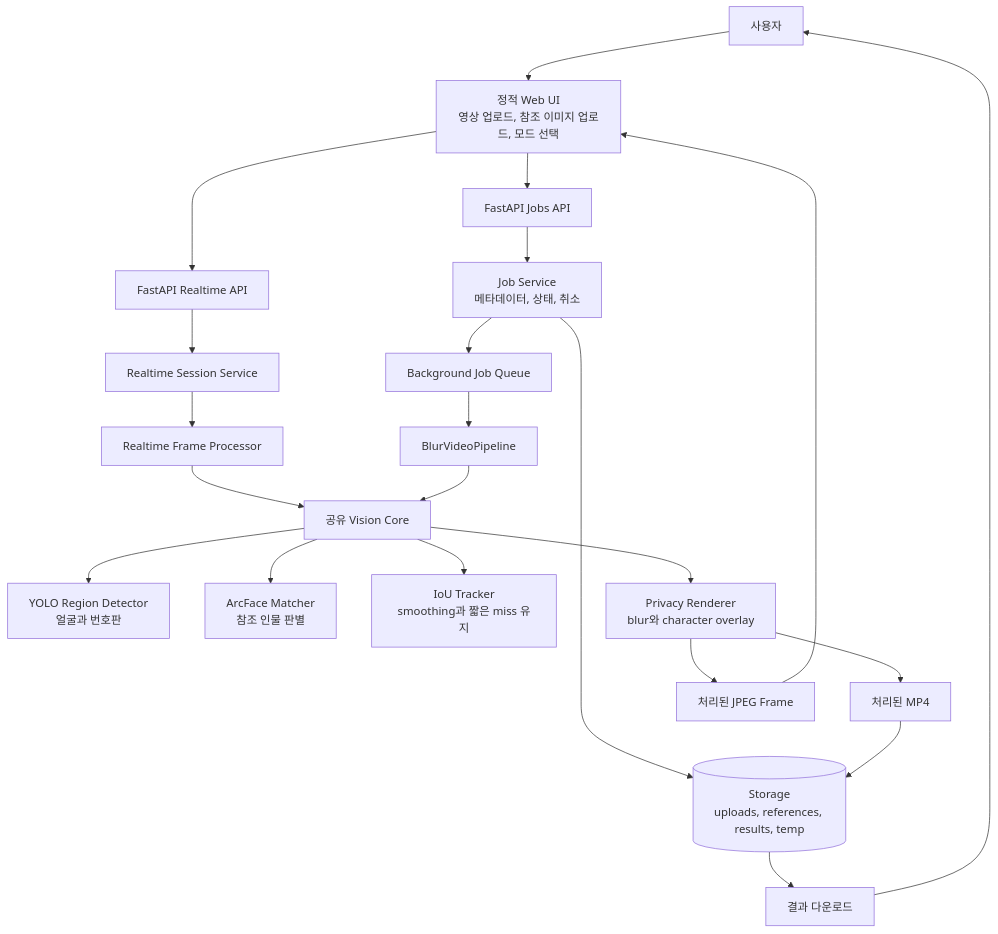
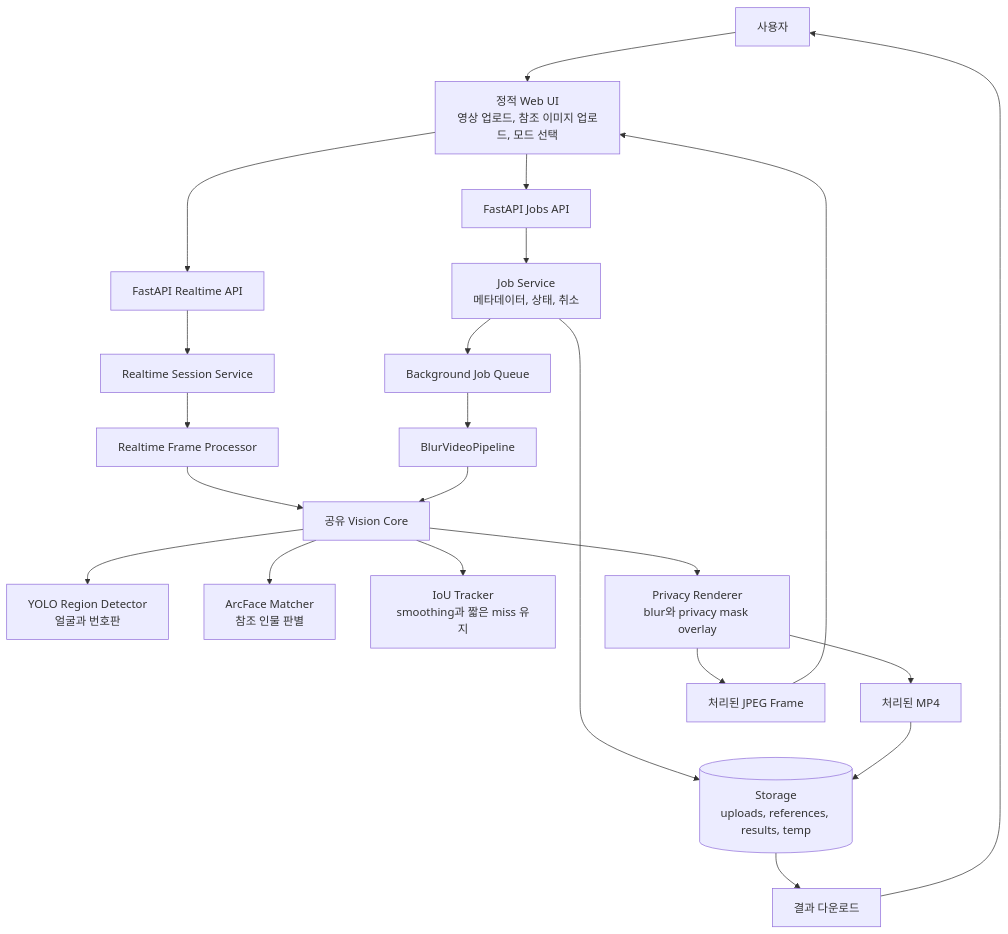
Before and after one commit to iamdbstjd/Deepdetect: the diagram in README.ko.md, drawn with Mermaid. The commit also changed other lines of this file and 22 other files, not shown here.

````diff
--- a/README.ko.md
+++ b/README.ko.md
@@ -48,29 +48,29 @@
 ```mermaid
 flowchart TD
     User[사용자] --> WebUI[정적 Web UI<br/>영상 업로드, 참조 이미지 업로드, 모드 선택]
     WebUI --> JobsAPI[FastAPI Jobs API]
     WebUI --> RealtimeAPI[FastAPI Realtime API]
 
     JobsAPI --> JobService[Job Service<br/>메타데이터, 상태, 취소]
     JobService --> Queue[Background Job Queue]
     Queue --> Pipeline[BlurVideoPipeline]
 
     RealtimeAPI --> RealtimeSession[Realtime Session Service]
     RealtimeSession --> FrameProcessor[Realtime Frame Processor]
     FrameProcessor --> VisionCore[공유 Vision Core]
     Pipeline --> VisionCore
 
     VisionCore --> Detector[YOLO Region Detector<br/>얼굴과 번호판]
     VisionCore --> Matcher[ArcFace Matcher<br/>참조 인물 판별]
     VisionCore --> Tracker[IoU Tracker<br/>smoothing과 짧은 miss 유지]
-    VisionCore --> Renderer[Privacy Renderer<br/>blur와 character overlay]
+    VisionCore --> Renderer[Privacy Renderer<br/>blur와 privacy mask overlay]
 
     Renderer --> OutputVideo[처리된 MP4]
     Renderer --> OutputFrame[처리된 JPEG Frame]
 
     JobService --> Storage[(Storage<br/>uploads, references, results, temp)]
     OutputVideo --> Storage
     Storage --> Download[결과 다운로드]
     Download --> User
     OutputFrame --> WebUI
 ```
````
